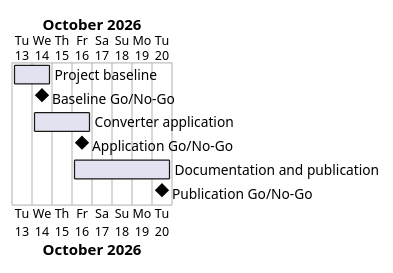
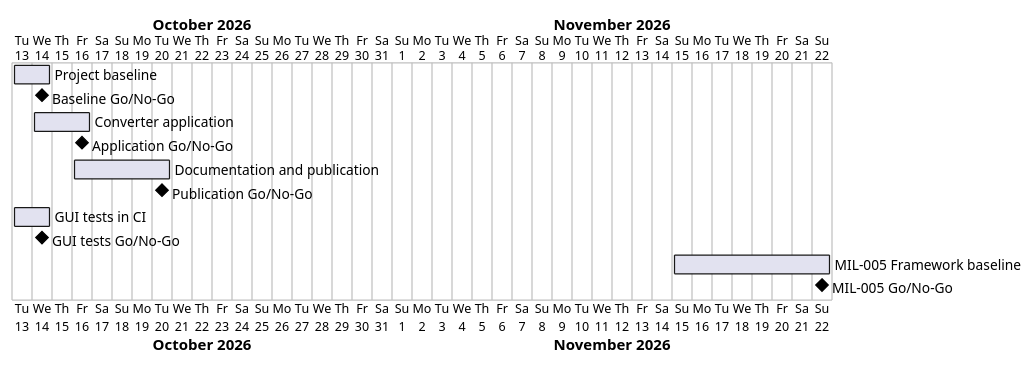
The diagram in docs/project-plan.md (Tirsvad-Udemy-100-days-of-code/027-mile2km-converter), drawn with PlantUML before and after one commit. The commit also changed other lines of this file and 43 other files, not shown here.

First line of the commit message:
Bring the project to the framework baseline (MIL-005)

````diff
--- a/docs/project-plan.md
+++ b/docs/project-plan.md
@@ -36,11 +43,15 @@
 ```plantuml
 @startgantt
 Project starts 2026-10-13
 [Project baseline] starts 2026-10-13 and ends 2026-10-14
 [Baseline Go/No-Go] happens 2026-10-14
 [Converter application] starts 2026-10-14 and ends 2026-10-16
 [Application Go/No-Go] happens 2026-10-16
 [Documentation and publication] starts 2026-10-16 and ends 2026-10-20
 [Publication Go/No-Go] happens 2026-10-20
+[GUI tests in CI] starts 2026-10-13 and ends 2026-10-14
+[GUI tests Go/No-Go] happens 2026-10-14
+[MIL-005 Framework baseline] starts 2026-11-15 and ends 2026-11-22
+[MIL-005 Go/No-Go] happens 2026-11-22
 @endgantt
 ```
````
